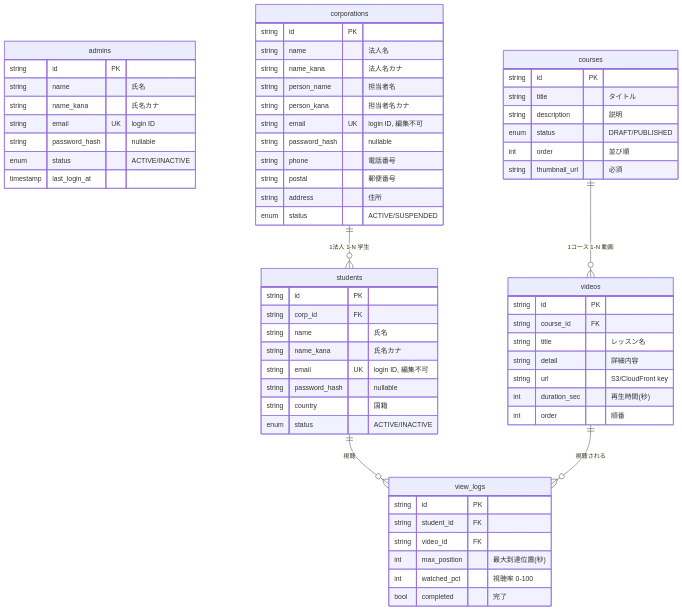
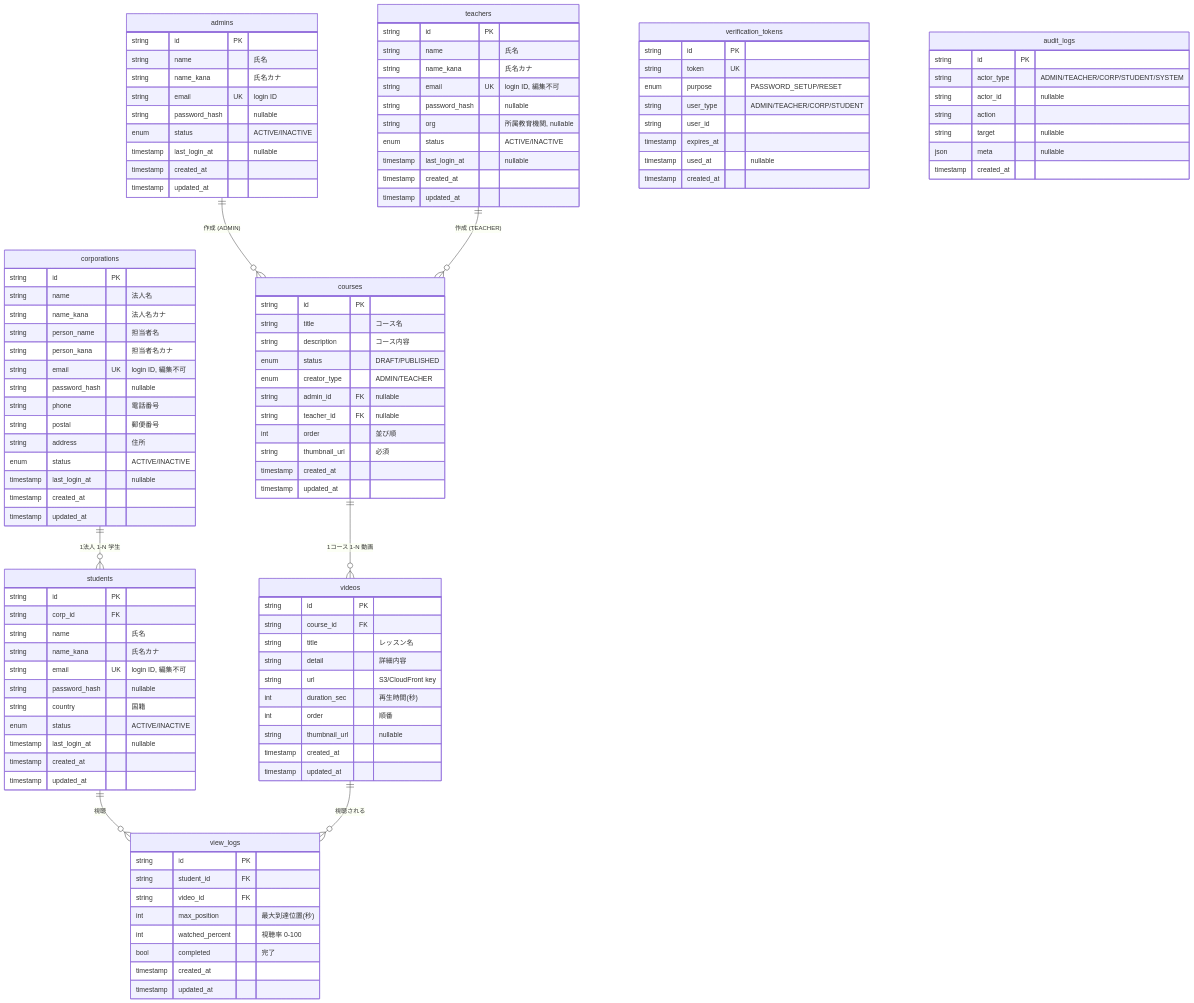
One commit to Hanq97/ascare_lms changed the diagram in docs/DATA_MODEL.md. Above: the diagram before and after it, drawn with Mermaid. The commit also changed other lines of this file and 19 other files, not shown here.

First line of the commit message:
feat(v1.4): Phase M — migrate to 4-role schema + auth (Teacher, course creator, corp status)

```diff
--- a/docs/DATA_MODEL.md
+++ b/docs/DATA_MODEL.md
@@ -14,8 +16,22 @@
         string name_kana "氏名カナ"
         string email UK "login ID"
         string password_hash "nullable"
-        enum   status "ACTIVE/INACTIVE"
-        timestamp last_login_at
+        enum status "ACTIVE/INACTIVE"
+        timestamp last_login_at "nullable"
+        timestamp created_at
+        timestamp updated_at
+    }
+    teachers {
+        string id PK
+        string name "氏名"
+        string name_kana "氏名カナ"
+        string email UK "login ID, 編集不可"
+        string password_hash "nullable"
+        string org "所属教育機関, nullable"
+        enum status "ACTIVE/INACTIVE"
+        timestamp last_login_at "nullable"
+        timestamp created_at
+        timestamp updated_at
     }
     corporations {
         string id PK
@@ -28,7 +44,10 @@
         string phone "電話番号"
         string postal "郵便番号"
         string address "住所"
-        enum   status "ACTIVE/SUSPENDED"
+        enum status "ACTIVE/INACTIVE"
+        timestamp last_login_at "nullable"
+        timestamp created_at
+        timestamp updated_at
     }
     students {
         string id PK
@@ -38,15 +57,23 @@
         string email UK "login ID, 編集不可"
         string password_hash "nullable"
         string country "国籍"
-        enum   status "ACTIVE/INACTIVE"
+        enum status "ACTIVE/INACTIVE"
+        timestamp last_login_at "nullable"
+        timestamp created_at
+        timestamp updated_at
     }
     courses {
         string id PK
-        string title "タイトル"
-        string description "説明"
-        enum   status "DRAFT/PUBLISHED"
-        int    order "並び順"
+        string title "コース名"
+        string description "コース内容"
+        enum status "DRAFT/PUBLISHED"
+        enum creator_type "ADMIN/TEACHER"
+        string admin_id FK "nullable"
+        string teacher_id FK "nullable"
+        int order "並び順"
         string thumbnail_url "必須"
+        timestamp created_at
+        timestamp updated_at
     }
     videos {
         string id PK
@@ -54,19 +81,45 @@
         string title "レッスン名"
         string detail "詳細内容"
         string url "S3/CloudFront key"
-        int    duration_sec "再生時間(秒)"
-        int    order "順番"
+        int duration_sec "再生時間(秒)"
+        int order "順番"
+        string thumbnail_url "nullable"
+        timestamp created_at
+        timestamp updated_at
     }
     view_logs {
         string id PK
         string student_id FK
         string video_id FK
-        int    max_position "最大到達位置(秒)"
-        int    watched_pct "視聴率 0-100"
-        bool   completed "完了"
+        int max_position "最大到達位置(秒)"
+        int watched_percent "視聴率 0-100"
+        bool completed "完了"
+        timestamp created_at
+        timestamp updated_at
+    }
+    verification_tokens {
+        string id PK
+        string token UK
+        enum purpose "PASSWORD_SETUP/RESET"
+        string user_type "ADMIN/TEACHER/CORP/STUDENT"
+        string user_id
+        timestamp expires_at
+        timestamp used_at "nullable"
+        timestamp created_at
+    }
+    audit_logs {
+        string id PK
+        string actor_type "ADMIN/TEACHER/CORP/STUDENT/SYSTEM"
+        string actor_id "nullable"
+        string action
+        string target "nullable"
+        json meta "nullable"
+        timestamp created_at
     }
 
     corporations ||--o{ students  : "1法人 1-N 学生"
+    admins       ||--o{ courses   : "作成 (ADMIN)"
+    teachers     ||--o{ courses   : "作成 (TEACHER)"
     courses      ||--o{ videos    : "1コース 1-N 動画"
     students     ||--o{ view_logs : "視聴"
     videos       ||--o{ view_logs : "視聴される"
```
